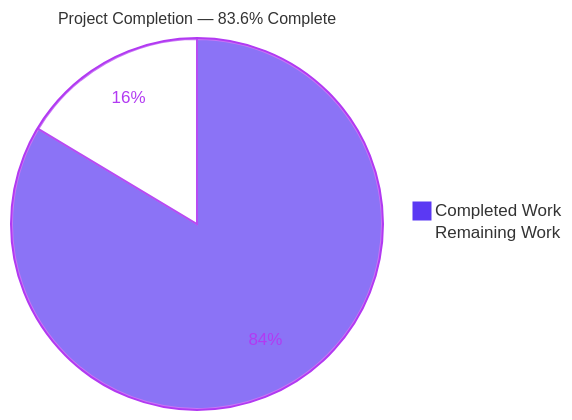
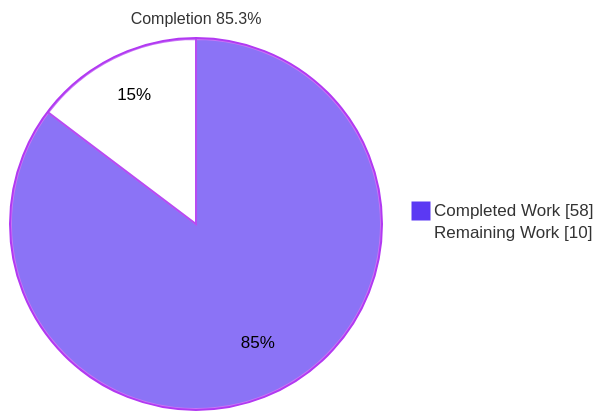
Before and after one commit to blitzy-public-samples/bps-trufflehog: the first of 3 diagrams in blitzy/documentation/Project Guide.md, drawn with Mermaid. The commit also changed other lines of this file, not shown here.

Commit message:
Adding Blitzy Project Guide: Project Status and Human Tasks Remaining

````diff
--- a/blitzy/documentation/Project Guide.md
+++ b/blitzy/documentation/Project Guide.md
@@ -9,6 +9,6 @@
 ```mermaid
-%%{init: {'theme':'base','themeVariables':{'pie1':'#5B39F3','pie2':'#FFFFFF','pieStrokeColor':'#B23AF2','pieOuterStrokeColor':'#B23AF2','pieSectionTextColor':'#B23AF2','pieTitleTextSize':'16px'}}}%%
-pie title Project Completion — 83.6% Complete
-    "Completed Work" : 219
-    "Remaining Work" : 43
+%%{init: {'theme':'base','themeVariables':{'pie1':'#5B39F3','pie2':'#FFFFFF','pieStrokeColor':'#B23AF2','pieOuterStrokeColor':'#B23AF2','pieSectionTextColor':'#000000','pieTitleTextSize':'16px'}}}%%
+pie showData title Completion 85.3%
+    "Completed Work" : 58
+    "Remaining Work" : 10
 ```
````
